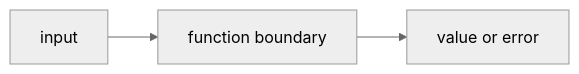
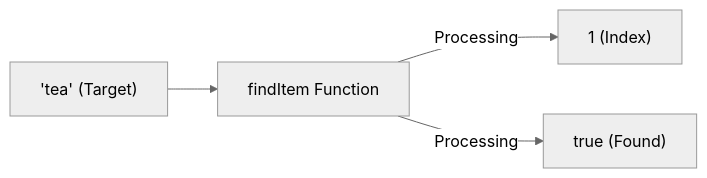
Before and after one commit to rasel9t6/the-go-engineer: the diagram in 03-functions-errors/3-multiple-return-values/README.md, drawn with Mermaid (neutral theme). The commit also changed other lines of this file and 26 other files, not shown here.

````diff
--- a/03-functions-errors/3-multiple-return-values/README.md
+++ b/03-functions-errors/3-multiple-return-values/README.md
@@ -32,5 +24,6 @@
 ```mermaid
 graph LR
-    A["input"] --> B["function boundary"]
-    B --> C["value or error"]
+    A["'tea' (Target)"] --> B["findItem Function"]
+    B -- "Processing" --> C["1 (Index)"]
+    B -- "Processing" --> D["true (Found)"]
 ```
````
